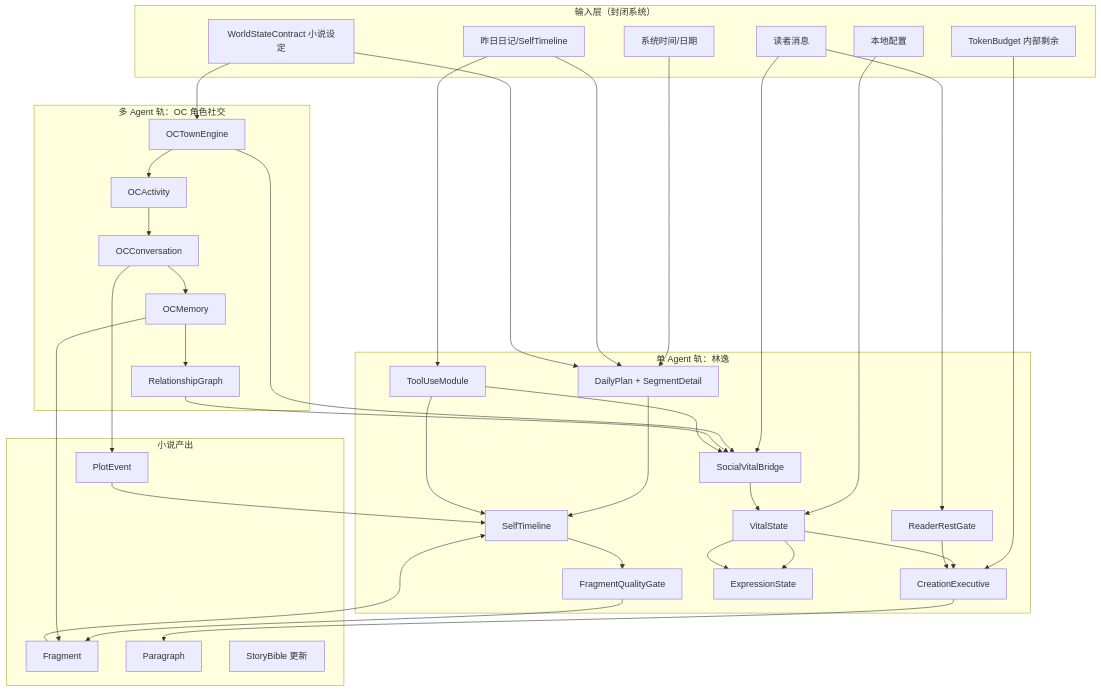
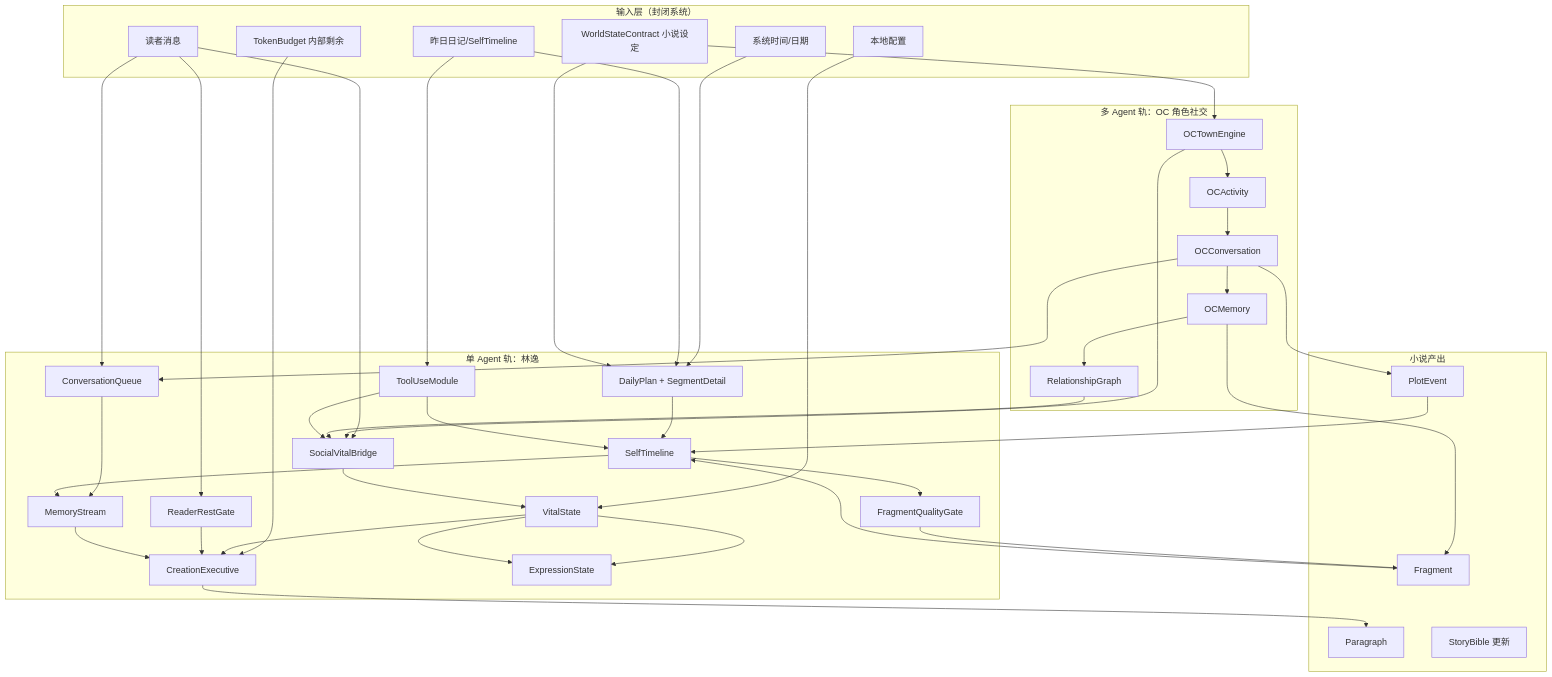
One commit to HeDaas-Code/LinYi changed the first of 4 diagrams in docs/拟人化日程节律与角色社交补强方案_v2.md. Above: the diagram before and after it, drawn with Mermaid. The commit also changed other lines of this file and 5 other files, not shown here.

First line of the commit message:
feat(memory): add ConversationQueue and hybrid retrieval for MemoryStream

````diff
--- a/docs/拟人化日程节律与角色社交补强方案_v2.md
+++ b/docs/拟人化日程节律与角色社交补强方案_v2.md
@@ -109,72 +109,80 @@
 ```mermaid
 flowchart TB
     subgraph Input["输入层（封闭系统）"]
         I1[系统时间/日期]
         I2[本地配置]
         I3[读者消息]
         I4[昨日日记/SelfTimeline]
         I5[WorldStateContract 小说设定]
         I6[TokenBudget 内部剩余]
     end
 
     subgraph Single["单 Agent 轨：林逸"]
         S1[VitalState]
         S2[DailyPlan + SegmentDetail]
         S3[FragmentQualityGate]
         S4[SelfTimeline]
         S5[ReaderRestGate]
         S6[CreationExecutive]
         S7[SocialVitalBridge]
         S8[ExpressionState]
         S9[ToolUseModule]
+        S10[ConversationQueue]
+        S11[MemoryStream]
     end
 
     subgraph Multi["多 Agent 轨：OC 角色社交"]
         M1[OCTownEngine]
         M2[OCActivity]
         M3[OCConversation]
         M4[OCMemory]
         M5[RelationshipGraph]
     end
 
     subgraph Output["小说产出"]
         O1[Fragment]
         O2[Paragraph]
         O3[PlotEvent]
         O4[StoryBible 更新]
     end
 
     I1 --> S2
     I2 --> S1
     I3 --> S5
     I3 --> S7
     I4 --> S2
     I5 --> S2
     I5 --> M1
     I6 --> S6
 
     S2 --> S4
     S4 --> S3
     S3 --> O1
     S1 --> S6
     S1 --> S8
     S5 --> S6
     S6 --> O2
 
     M1 --> M2
     M2 --> M3
     M3 --> M4
     M4 --> M5
     M3 --> O3
     M4 --> O1
     M1 --> S7
     M5 --> S7
     S7 --> S1
     S1 --> S8
     I4 --> S9
     S9 --> S4
     S9 --> S7
 
+    I3 --> S10
+    M3 --> S10
+    S10 --> S11
+    S4 --> S11
+    S11 --> S6
+
     O1 --> S4
     O3 --> S4
 ```
````
